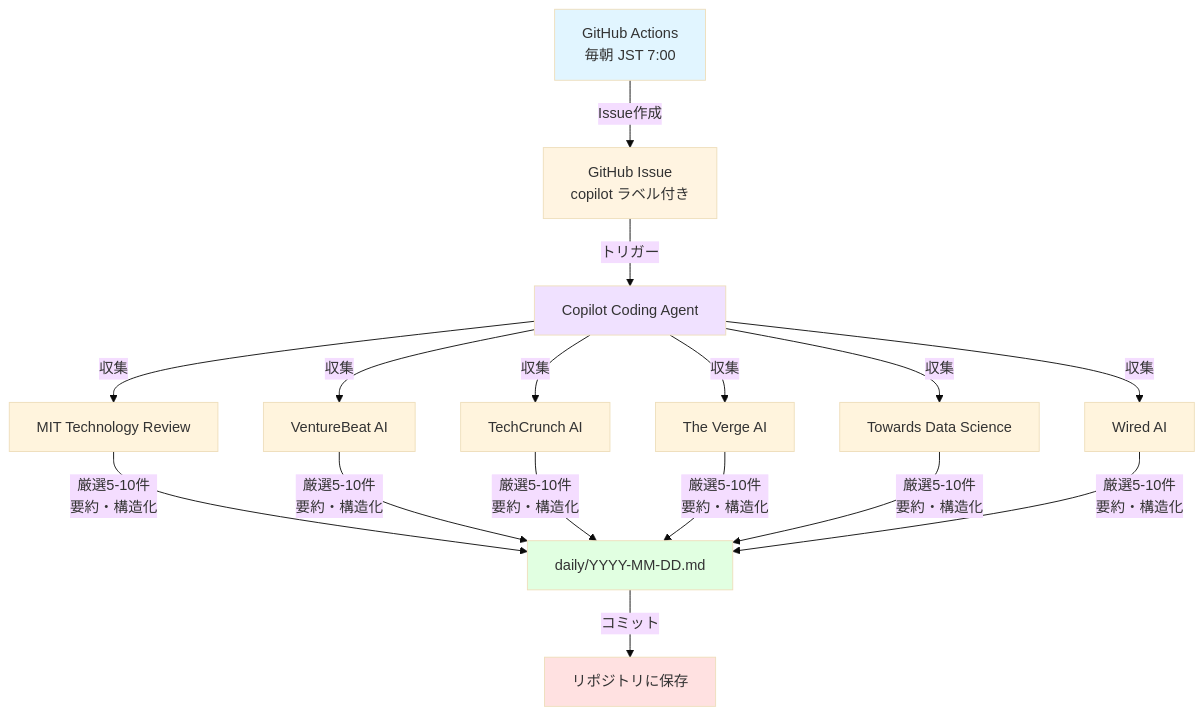
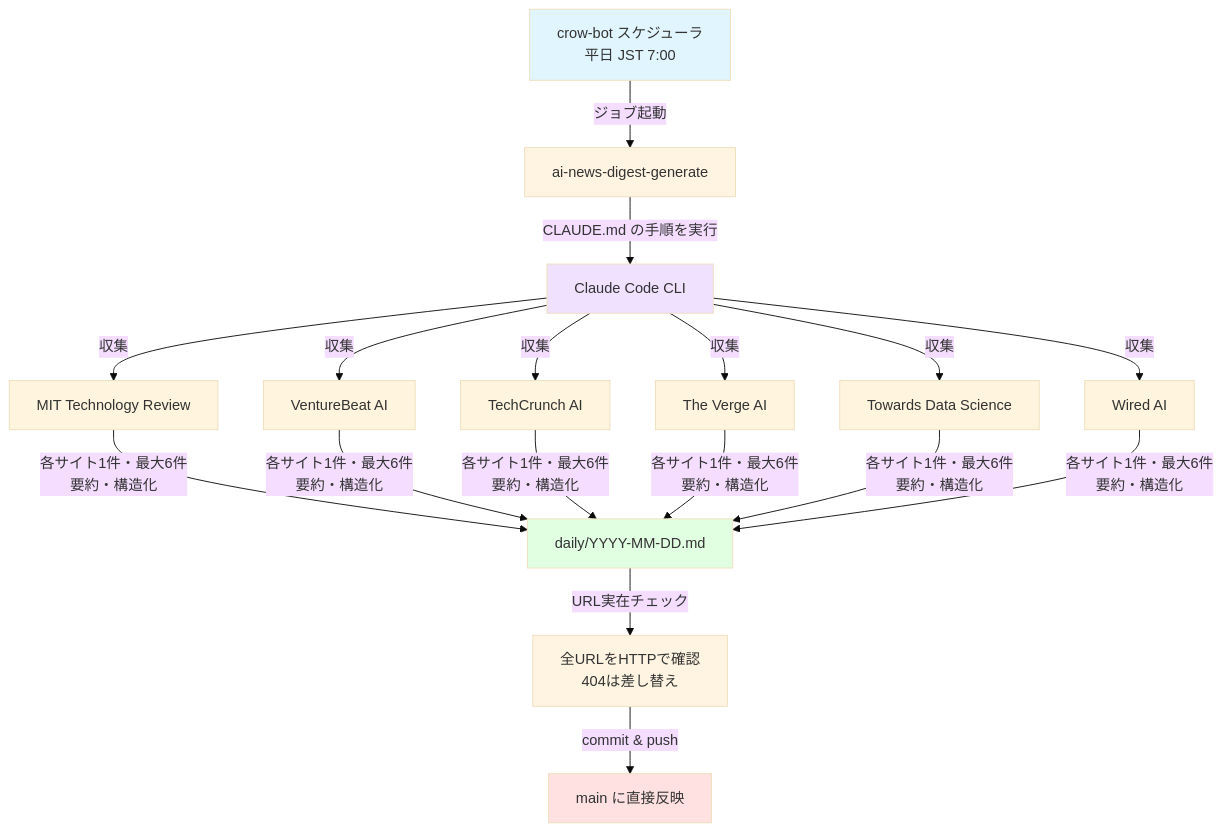
One commit to office8-inc/ai-news-digest changed the diagram in README.md. Above: the diagram before and after it, drawn with Mermaid (base theme). The commit also changed other lines of this file and 7 other files, not shown here.

First line of the commit message:
Copilot 経路を撤去し Claude ベースの現行フローに揃える (#292)

````diff
--- a/README.md
+++ b/README.md
@@ -40,19 +33,21 @@
 ```mermaid
 graph TD
-    A[GitHub Actions<br/>毎朝 JST 7:00] -->|Issue作成| B[GitHub Issue<br/>copilot ラベル付き]
-    B -->|トリガー| C[Copilot Coding Agent]
+    A[crow-bot スケジューラ<br/>平日 JST 7:00] -->|ジョブ起動| B[ai-news-digest-generate]
+    B -->|CLAUDE.md の手順を実行| C[Claude Code CLI]
     C -->|収集| D1[MIT Technology Review]
     C -->|収集| D2[VentureBeat AI]
     C -->|収集| D3[TechCrunch AI]
     C -->|収集| D4[The Verge AI]
     C -->|収集| D5[Towards Data Science]
     C -->|収集| D6[Wired AI]
-    D1 & D2 & D3 & D4 & D5 & D6 -->|厳選5-10件<br/>要約・構造化| E[daily/YYYY-MM-DD.md]
-    E -->|コミット| F[リポジトリに保存]
+    D1 & D2 & D3 & D4 & D5 & D6 -->|各サイト1件・最大6件<br/>要約・構造化| E[daily/YYYY-MM-DD.md]
+    E -->|URL実在チェック| G[全URLをHTTPで確認<br/>404は差し替え]
+    G -->|commit & push| F[main に直接反映]
     
     style A fill:#e1f5ff
     style B fill:#fff4e1
     style C fill:#f0e1ff
     style E fill:#e1ffe1
+    style G fill:#fff4e1
     style F fill:#ffe1e1
 ```
````
